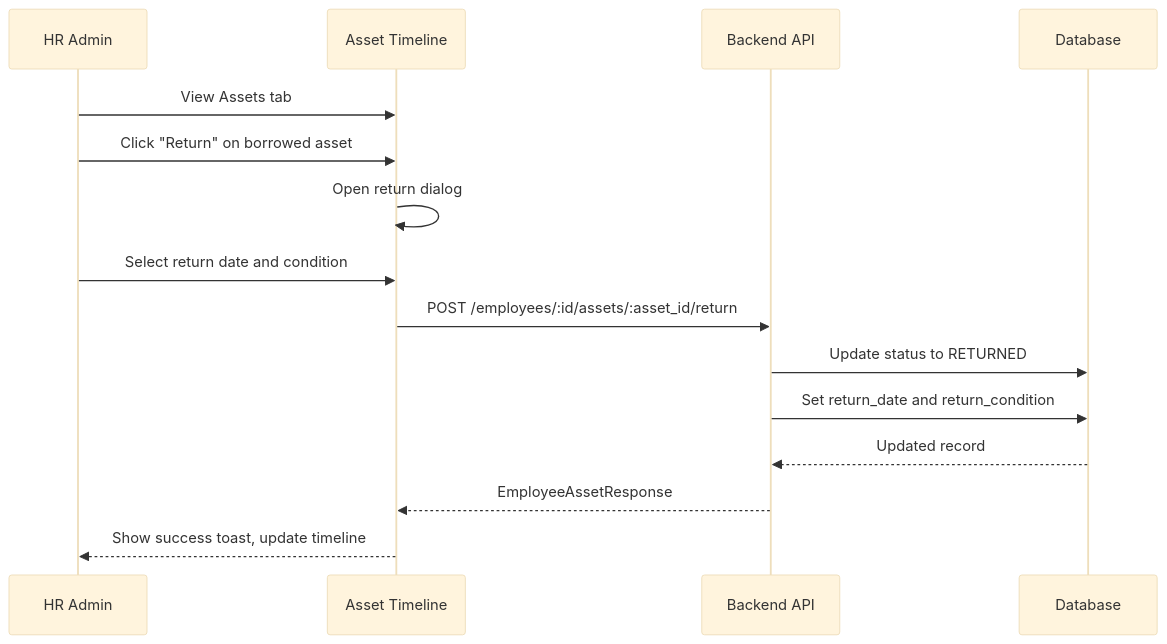
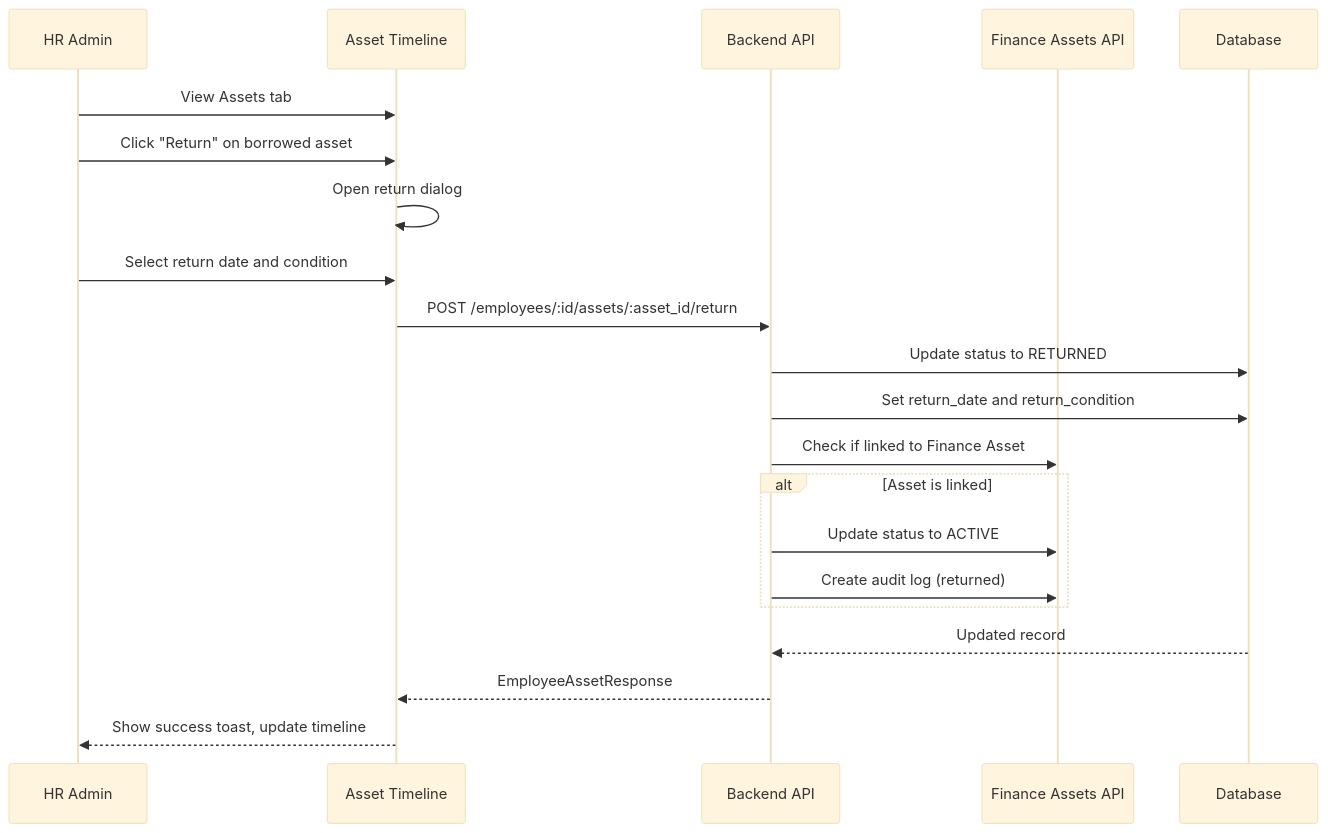
The second of 2 diagrams in docs/features/HRD/hrd-employee-asset.md (Gilabs-Studio/gims-platform), drawn with Mermaid (base theme) before and after one commit. The commit also changed other lines of this file and 23 other files, not shown here.

````diff
--- a/docs/features/HRD/hrd-employee-asset.md
+++ b/docs/features/HRD/hrd-employee-asset.md
@@ -357,18 +419,24 @@
 ```mermaid
 sequenceDiagram
     participant HR as HR Admin
     participant UI as Asset Timeline
     participant API as Backend API
+    participant Finance as Finance Assets API
     participant DB as Database
 
     HR->>UI: View Assets tab
     HR->>UI: Click "Return" on borrowed asset
     UI->>UI: Open return dialog
     HR->>UI: Select return date and condition
     UI->>API: POST /employees/:id/assets/:asset_id/return
     API->>DB: Update status to RETURNED
     API->>DB: Set return_date and return_condition
+    API->>Finance: Check if linked to Finance Asset
+    alt Asset is linked
+        API->>Finance: Update status to ACTIVE
+        API->>Finance: Create audit log (returned)
+    end
     DB-->>API: Updated record
     API-->>UI: EmployeeAssetResponse
     UI-->>HR: Show success toast, update timeline
 ```
````
